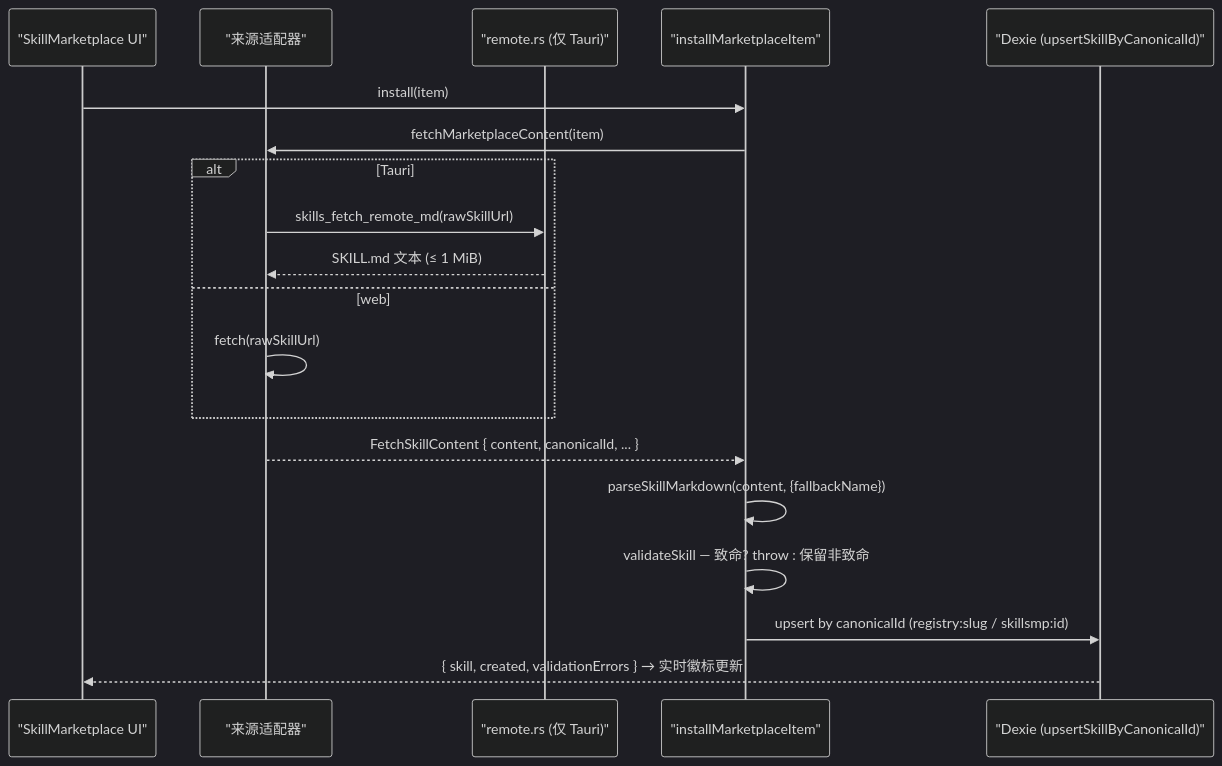
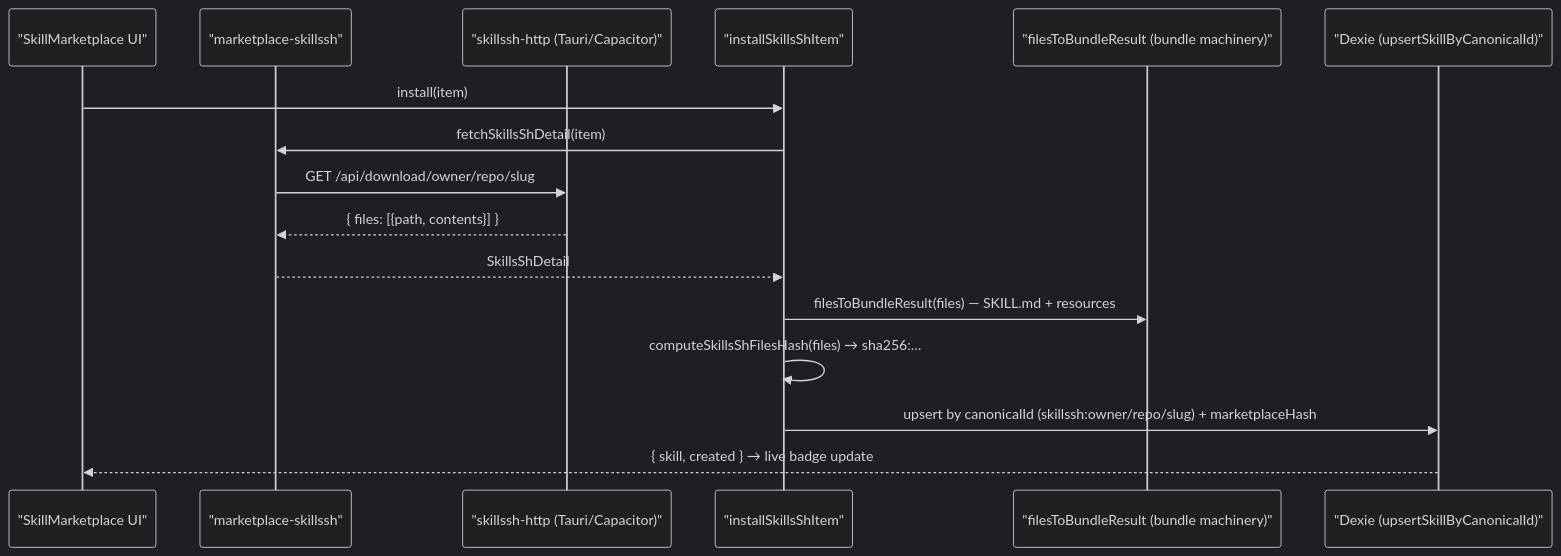
The second of 3 diagrams in docs/content/docs/zh/subsystems/skills/marketplace.mdx (MaxQian888/cognia-next), drawn with Mermaid (dark theme) before and after one commit. The commit also changed other lines of this file and 11 other files, not shown here.

First line of the commit message:
docs(skills): rewrite marketplace docs for skills.sh + branch-coverage tests

````diff
--- a/docs/content/docs/zh/subsystems/skills/marketplace.mdx
+++ b/docs/content/docs/zh/subsystems/skills/marketplace.mdx
@@ -142,21 +237,18 @@
 ```mermaid
 sequenceDiagram
   participant UI as "SkillMarketplace UI"
-  participant AD as "来源适配器"
-  participant RS as "remote.rs (仅 Tauri)"
-  participant IN as "installMarketplaceItem"
+  participant AD as "marketplace-skillssh"
+  participant HT as "skillssh-http (Tauri/Capacitor)"
+  participant IN as "installSkillsShItem"
+  participant BU as "filesToBundleResult (bundle machinery)"
   participant DB as "Dexie (upsertSkillByCanonicalId)"
   UI->>IN: install(item)
-  IN->>AD: fetchMarketplaceContent(item)
-  alt Tauri
-    AD->>RS: skills_fetch_remote_md(rawSkillUrl)
-    RS-->>AD: SKILL.md 文本 (≤ 1 MiB)
-  else web
-    AD->>AD: fetch(rawSkillUrl)
-  end
-  AD-->>IN: FetchSkillContent { content, canonicalId, ... }
-  IN->>IN: parseSkillMarkdown(content, {fallbackName})
-  IN->>IN: validateSkill — 致命? throw : 保留非致命
-  IN->>DB: upsert by canonicalId (registry:slug / skillsmp:id)
-  DB-->>UI: { skill, created, validationErrors } → 实时徽标更新
+  IN->>AD: fetchSkillsShDetail(item)
+  AD->>HT: GET /api/download/owner/repo/slug
+  HT-->>AD: { files: [{path, contents}] }
+  AD-->>IN: SkillsShDetail
+  IN->>BU: filesToBundleResult(files) — SKILL.md + resources
+  IN->>IN: computeSkillsShFilesHash(files) → sha256:…
+  IN->>DB: upsert by canonicalId (skillssh:owner/repo/slug) + marketplaceHash
+  DB-->>UI: { skill, created } → live badge update
 ```
````
